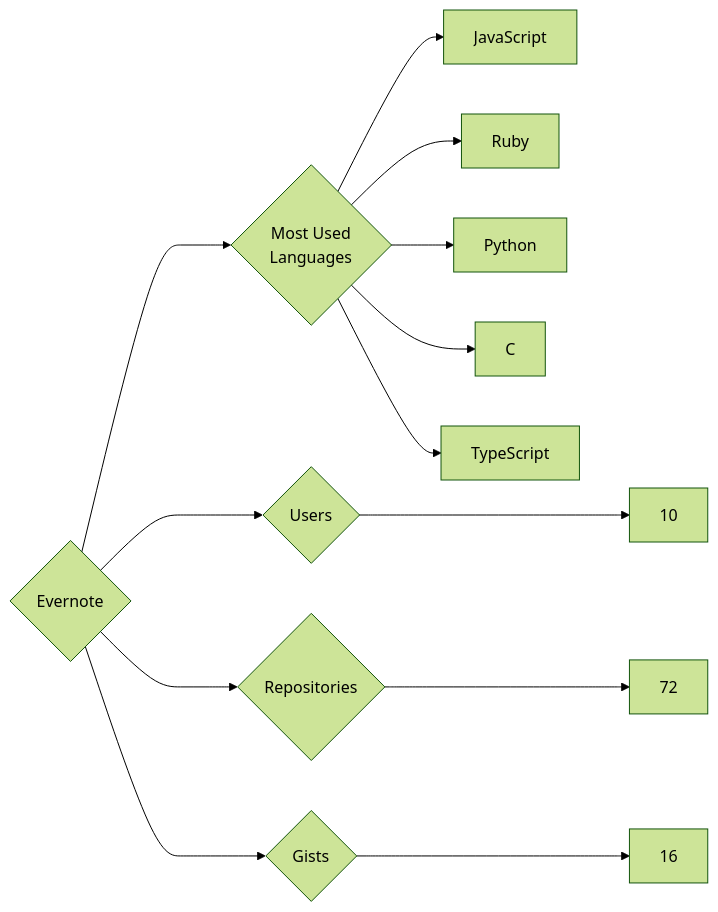
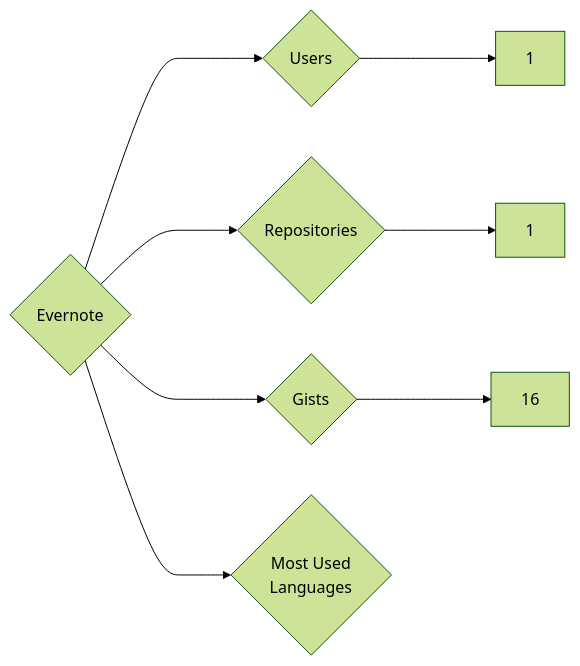
The diagram in targets/Evernote/README.md (trickest/insiders), drawn with Mermaid (forest theme) before and after one commit. The commit also changed 776 other files, not shown here.

````diff
--- a/targets/Evernote/README.md
+++ b/targets/Evernote/README.md
@@ -3,13 +3,8 @@
 ```mermaid
 graph LR
 COMPANY_NAME{Evernote}
-COMPANY_NAME ---> U{Users} ---> UN[10]
-COMPANY_NAME ---> R{Repositories} ---> RN[72]
+COMPANY_NAME ---> U{Users} ---> UN[1]
+COMPANY_NAME ---> R{Repositories} ---> RN[1]
 COMPANY_NAME ---> G{Gists} ---> GN[16]
 COMPANY_NAME ---> ML{Most Used<br>Languages}
-ML --> JavaScript[JavaScript]
-ML --> Ruby[Ruby]
-ML --> Python[Python]
-ML --> C[C]
-ML --> TypeScript[TypeScript]
 ```
````
